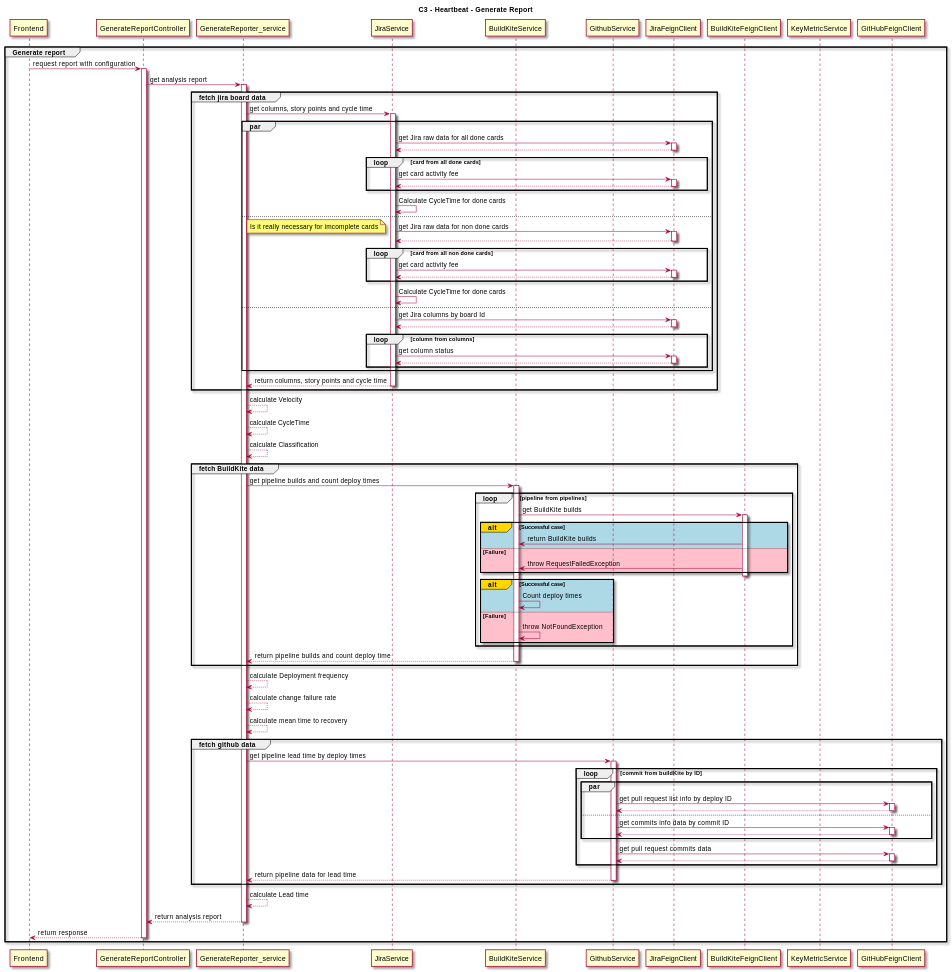
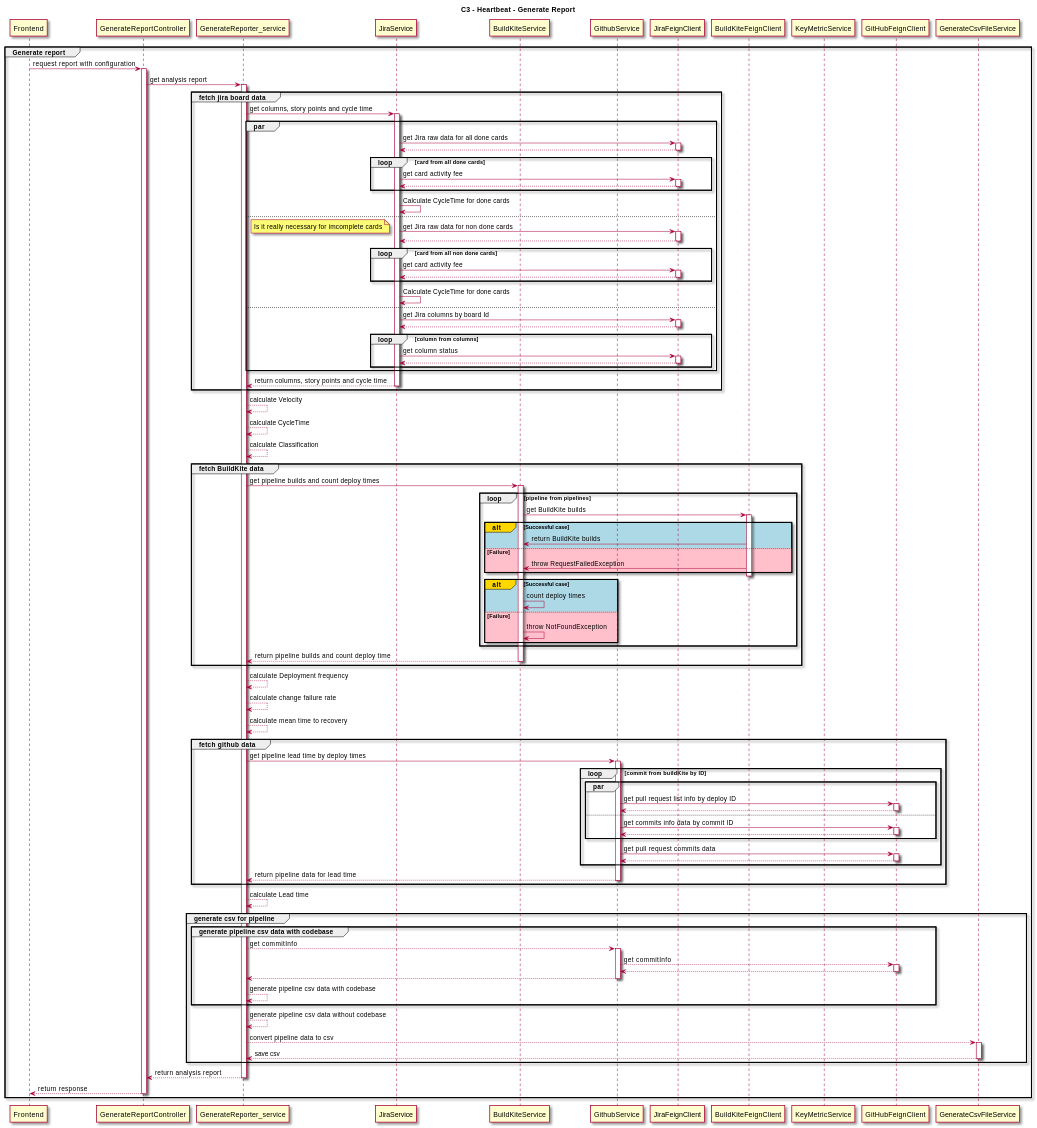
One commit to thoughtworks/HeartBeat changed the diagram in docs/src/pages/en/dev-center/sequence-diagrams.md. Above: the diagram before and after it, drawn with PlantUML. The commit also changed 3 other files, not shown here.

First line of the commit message:
ADM-448 [Team B][SPIKE] [docs] Pipeline data structure or items in generated .csv file (#418)

```diff
--- a/docs/src/pages/en/dev-center/sequence-diagrams.md
+++ b/docs/src/pages/en/dev-center/sequence-diagrams.md
@@ -92,7 +92,7 @@
   deactivate BuildKiteFeignClient
 
   alt#Gold #LightBlue Successful case
-    BuildKiteService -> BuildKiteService:Count deploy times
+    BuildKiteService -> BuildKiteService:count deploy times
   else #Pink Failure
     BuildKiteService -> BuildKiteService: throw NotFoundException
   end
@@ -138,6 +138,26 @@
 end
 
 GenerateReporter_service --> GenerateReporter_service: calculate Lead time
+
+group generate csv for pipeline
+group generate pipeline csv data with codebase
+GenerateReporter_service --> GithubService: get commitInfo
+activate GithubService
+GithubService --> GitHubFeignClient: get commitInfo
+activate GitHubFeignClient
+GitHubFeignClient --> GithubService
+deactivate GitHubFeignClient
+GithubService --> GenerateReporter_service
+deactivate GithubService
+GenerateReporter_service --> GenerateReporter_service: generate pipeline csv data with codebase
+end
+GenerateReporter_service --> GenerateReporter_service: generate pipeline csv data without codebase
+GenerateReporter_service --> GenerateCsvFileService: convert pipeline data to csv
+activate GenerateCsvFileService
+GenerateCsvFileService --> GenerateReporter_service: save csv
+deactivate GenerateCsvFileService
+end
+
 GenerateReporter_service --> GenerateReportController: return analysis report
 deactivate GenerateReporter_service
 GenerateReportController --> Frontend: return response
```
